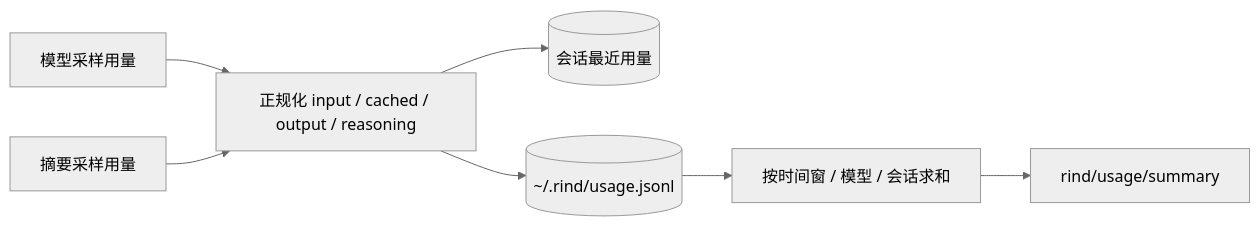
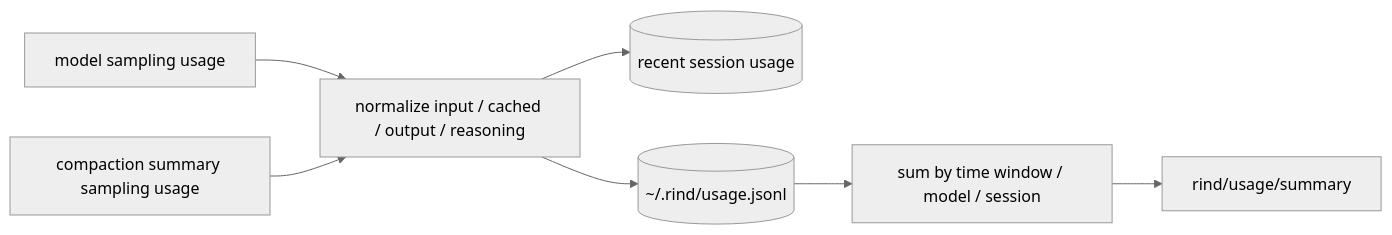
Before and after one commit to Azzurroooo/rind: the diagram in docs/internals/03-persistence/usage-ledger.md, drawn with Mermaid (neutral theme). The commit also changed other lines of this file and 109 other files, not shown here.

```diff
--- a/docs/internals/03-persistence/usage-ledger.md
+++ b/docs/internals/03-persistence/usage-ledger.md
@@ -5,9 +7,9 @@
 ~~~mermaid
 flowchart LR
-    MODEL["模型采样用量"] --> N["正规化 input / cached / output / reasoning"]
-    COMPACT["摘要采样用量"] --> N
-    N --> META[("会话最近用量")]
+    MODEL["model sampling usage"] --> N["normalize input / cached / output / reasoning"]
+    COMPACT["compaction summary sampling usage"] --> N
+    N --> META[("recent session usage")]
     N --> LEDGER[("~/.rind/usage.jsonl")]
-    LEDGER --> SUM["按时间窗 / 模型 / 会话求和"]
+    LEDGER --> SUM["sum by time window / model / session"]
     SUM --> UI["rind/usage/summary"]
 ~~~
```
